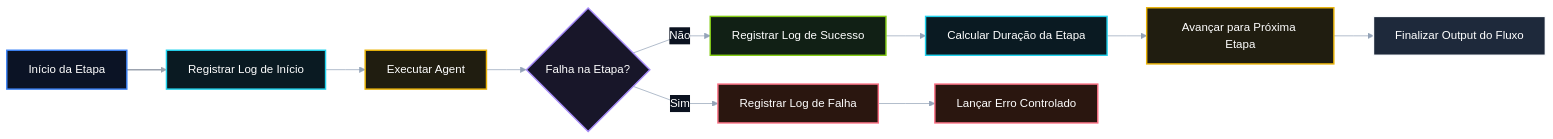
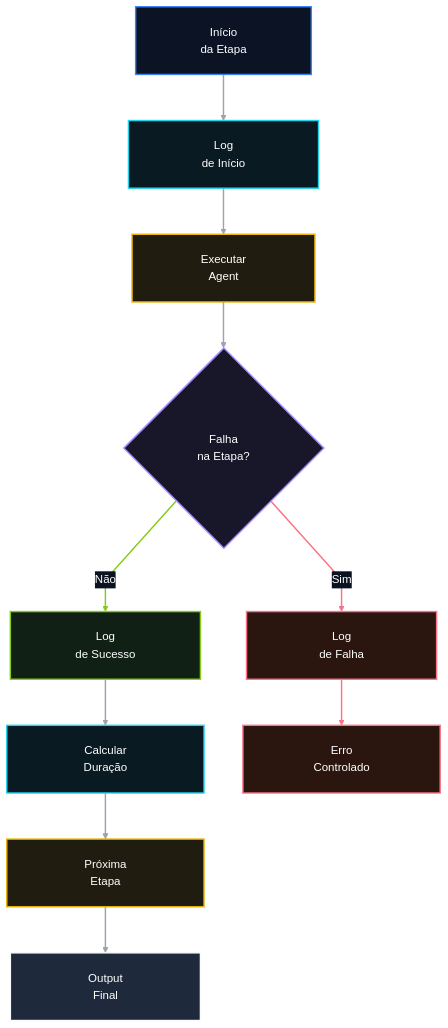
Before and after one commit to matheusdiamantino-betalent/questions-ai: the diagram in PR 90 — Fase 2: Logs Estruturados por Etapa do Fluxo Avançado.md, drawn with Mermaid.

Commit message:
Update PR 90 — Fase 2: Logs Estruturados por Etapa do Fluxo Avançado.md

````diff
--- a/PR 90 — Fase 2: Logs Estruturados por Etapa do Fluxo Avançado.md
+++ b/PR 90 — Fase 2: Logs Estruturados por Etapa do Fluxo Avançado.md
@@ -85,53 +85,71 @@
 ```mermaid
 %%{init: {
   "theme": "base",
   "themeVariables": {
     "background": "#050b16",
     "primaryColor": "#0b1220",
     "primaryTextColor": "#ffffff",
     "primaryBorderColor": "#22d3ee",
     "lineColor": "#94a3b8",
     "secondaryColor": "#0b1220",
     "tertiaryColor": "#0b1220",
     "fontFamily": "Inter, Arial, sans-serif"
   },
   "flowchart": {
     "htmlLabels": true,
     "curve": "linear",
-    "nodeSpacing": 40,
-    "rankSpacing": 55
+    "nodeSpacing": 54,
+    "rankSpacing": 64
   }
 }}%%
-flowchart LR
-    A["Início da Etapa"] --> B["Registrar Log de Início"]
-    B --> C["Executar Agent"]
-    C --> D{"Falha na Etapa?"}
-    D -->|Não| E["Registrar Log de Sucesso"]
-    E --> F["Calcular Duração da Etapa"]
-    F --> G["Avançar para Próxima Etapa"]
-    G --> H["Finalizar Output do Fluxo"]
+flowchart TD
+    A["<div style='min-width:160px; padding:8px 12px;'>Início<br/>da Etapa</div>"]
+    B["<div style='min-width:180px; padding:8px 12px;'>Log<br/>de Início</div>"]
+    C["<div style='min-width:170px; padding:8px 12px;'>Executar<br/>Agent</div>"]
+    D{"<div style='min-width:160px; padding:8px 12px;'>Falha<br/>na Etapa?</div>"}
+    E["<div style='min-width:180px; padding:8px 12px;'>Log<br/>de Sucesso</div>"]
+    F["<div style='min-width:190px; padding:8px 12px;'>Calcular<br/>Duração</div>"]
+    G["<div style='min-width:190px; padding:8px 12px;'>Próxima<br/>Etapa</div>"]
+    H["<div style='min-width:180px; padding:8px 12px;'>Output<br/>Final</div>"]
+    I["<div style='min-width:180px; padding:8px 12px;'>Log<br/>de Falha</div>"]
+    J["<div style='min-width:190px; padding:8px 12px;'>Erro<br/>Controlado</div>"]
 
-    D -->|Sim| I["Registrar Log de Falha"]
-    I --> J["Lançar Erro Controlado"]
+    A --> B
+    B --> C
+    C --> D
+    D -->|Não| E
+    E --> F
+    F --> G
+    G --> H
+    D -->|Sim| I
+    I --> J
 
     classDef step1 fill:#0b1325,stroke:#3b82f6,stroke-width:2px,color:#ffffff;
     classDef step2 fill:#0a1a22,stroke:#22d3ee,stroke-width:2px,color:#ffffff;
     classDef step3 fill:#201d10,stroke:#eab308,stroke-width:2px,color:#ffffff;
     classDef decision fill:#181629,stroke:#a78bfa,stroke-width:2px,color:#ffffff;
     classDef successBox fill:#112015,stroke:#84cc16,stroke-width:2px,color:#ffffff;
     classDef failureBox fill:#2a160f,stroke:#fb7185,stroke-width:2px,color:#ffffff;
     classDef outputBox fill:#1e293b,stroke:#f8fafc,stroke-width:2px,color:#ffffff;
 
     class A step1;
     class B step2;
     class C step3;
     class D decision;
     class E successBox;
     class F step2;
     class G step3;
     class H outputBox;
     class I failureBox;
     class J failureBox;
 
     linkStyle 0 stroke:#9ca3af,stroke-width:2px;
+    linkStyle 1 stroke:#9ca3af,stroke-width:2px;
+    linkStyle 2 stroke:#9ca3af,stroke-width:2px;
+    linkStyle 3 stroke:#84cc16,stroke-width:2px;
+    linkStyle 4 stroke:#9ca3af,stroke-width:2px;
+    linkStyle 5 stroke:#9ca3af,stroke-width:2px;
+    linkStyle 6 stroke:#9ca3af,stroke-width:2px;
+    linkStyle 7 stroke:#fb7185,stroke-width:2px;
+    linkStyle 8 stroke:#fb7185,stroke-width:2px;
 ```
````
